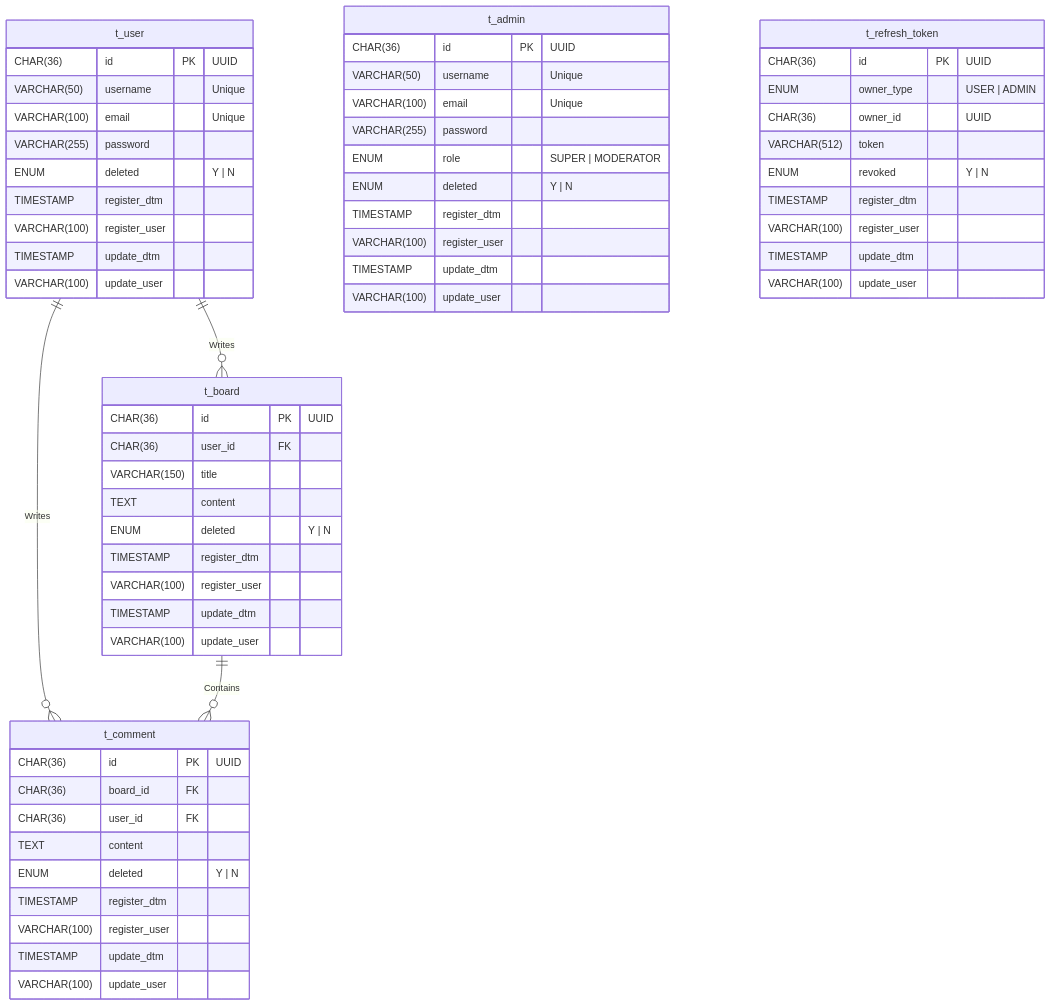
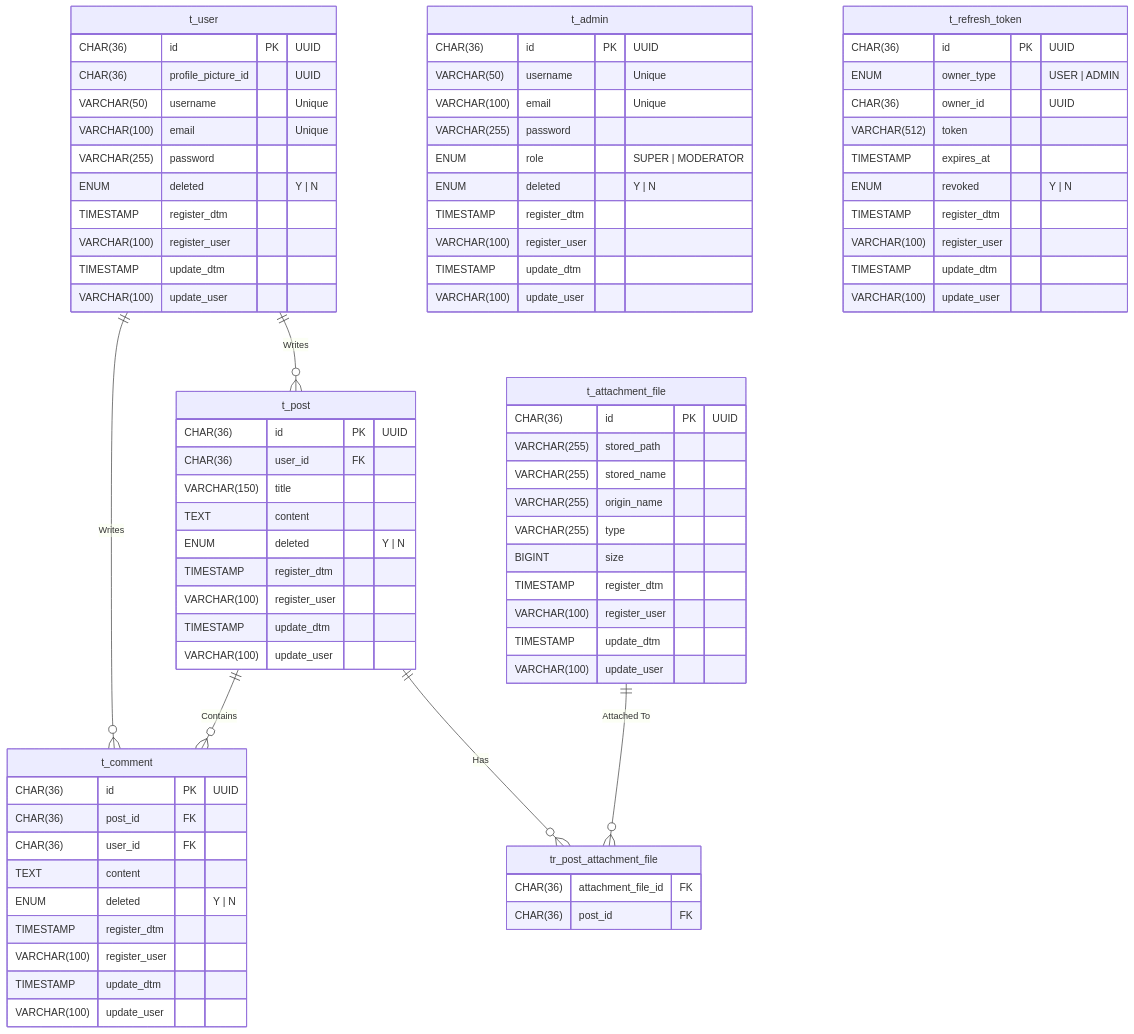
Before and after one commit to MarshmallowShadow/marsh-sql: the diagram in ERD.md, drawn with Mermaid. The commit also changed 1 other file, not shown here.

Commit message:
Feat: 첨부파일 추가

````diff
--- a/ERD.md
+++ b/ERD.md
@@ -3,6 +3,7 @@
 
   t_user {
     CHAR(36) id PK "UUID"
+    CHAR(36) profile_picture_id "UUID"
     VARCHAR(50) username "Unique"
     VARCHAR(100) email "Unique"
     VARCHAR(255) password
@@ -25,12 +26,13 @@
     TIMESTAMP update_dtm
     VARCHAR(100) update_user
   }
-  
+
   t_refresh_token {
     CHAR(36) id PK "UUID"
     ENUM owner_type "USER | ADMIN"
     CHAR(36) owner_id "UUID"
     VARCHAR(512) token
+    TIMESTAMP expires_at
     ENUM revoked "Y | N"
     TIMESTAMP register_dtm
     VARCHAR(100) register_user
@@ -38,7 +40,20 @@
     VARCHAR(100) update_user
   }
 
-  t_board {
+  t_attachment_file {
+    CHAR(36) id PK "UUID"
+    VARCHAR(255) stored_path
+    VARCHAR(255) stored_name
+    VARCHAR(255) origin_name
+    VARCHAR(255) type
+    BIGINT size
+    TIMESTAMP register_dtm
+    VARCHAR(100) register_user
+    TIMESTAMP update_dtm
+    VARCHAR(100) update_user
+  }
+
+  t_post {
     CHAR(36) id PK "UUID"
     CHAR(36) user_id FK
     VARCHAR(150) title
@@ -52,7 +67,7 @@
 
   t_comment {
     CHAR(36) id PK "UUID"
-    CHAR(36) board_id FK
+    CHAR(36) post_id FK
     CHAR(36) user_id FK
     TEXT content
     ENUM deleted "Y | N"
@@ -62,8 +77,15 @@
     VARCHAR(100) update_user
   }
 
-  t_user ||--o{ t_board : "Writes"
+  tr_post_attachment_file {
+    CHAR(36) attachment_file_id FK
+    CHAR(36) post_id FK
+  }
+
+  t_user ||--o{ t_post : "Writes"
   t_user ||--o{ t_comment : "Writes"
-  t_board ||--o{ t_comment : "Contains"
+  t_post ||--o{ t_comment : "Contains"
+  t_post ||--o{ tr_post_attachment_file : "Has"
+  t_attachment_file ||--o{ tr_post_attachment_file : "Attached To"
 
 ```
````
